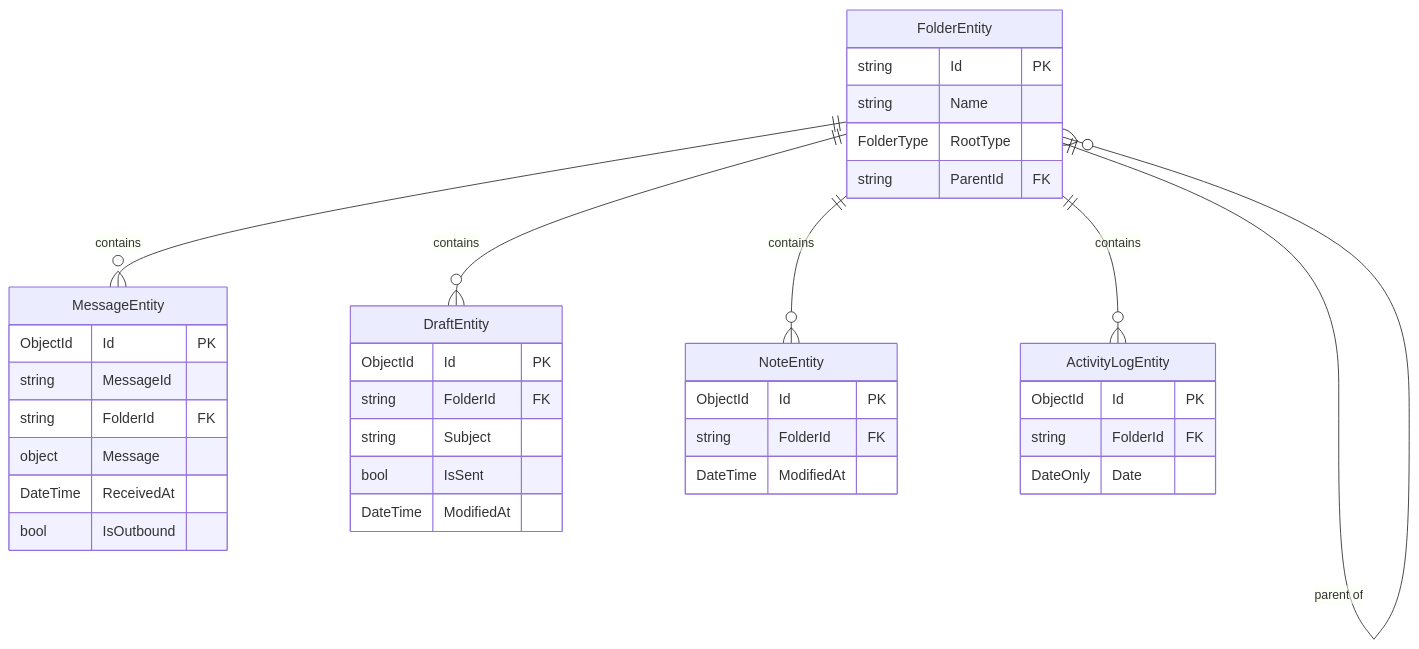
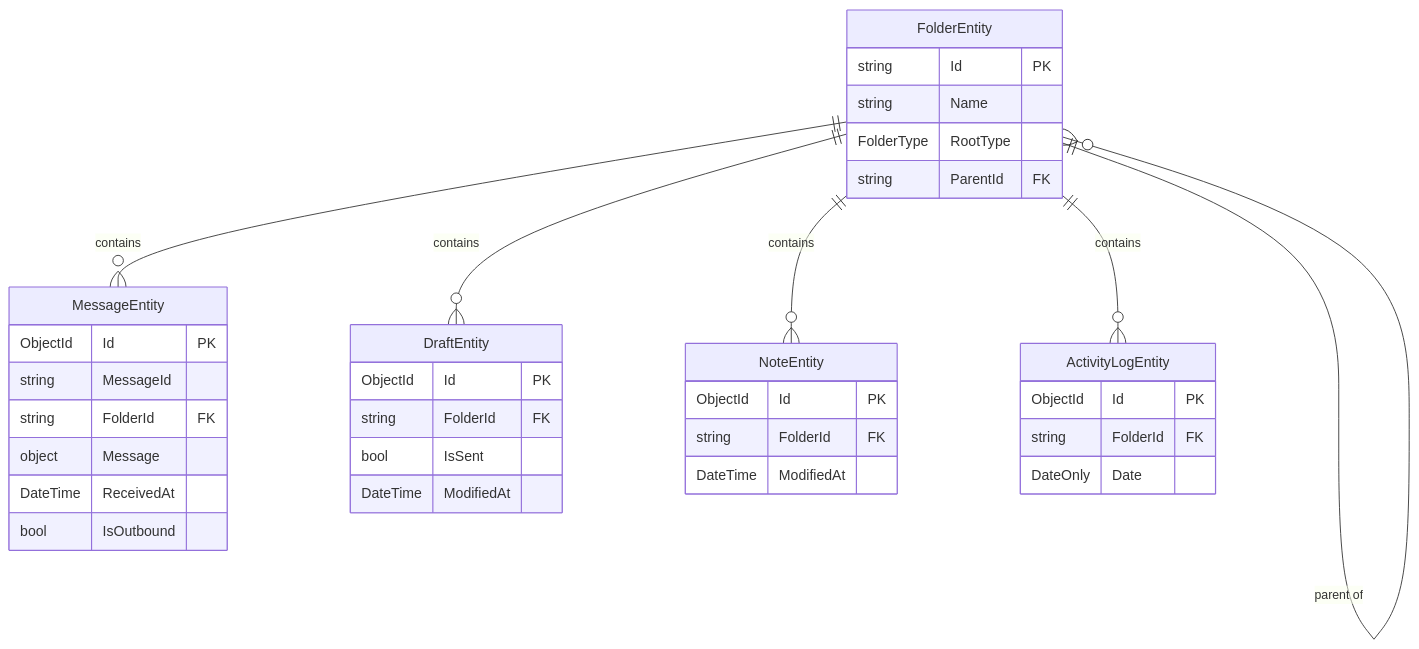
Before and after one commit to Blue-Heighliner/Comlink: the diagram in Docs/Components/Data.md, drawn with Mermaid. The commit also changed other lines of this file and 77 other files, not shown here.

````diff
--- a/Docs/Components/Data.md
+++ b/Docs/Components/Data.md
@@ -29,39 +29,38 @@
 ```mermaid
 erDiagram
     FolderEntity {
         string Id PK
         string Name
         FolderType RootType
         string ParentId FK
     }
     MessageEntity {
         ObjectId Id PK
         string MessageId
         string FolderId FK
         object Message
         DateTime ReceivedAt
         bool IsOutbound
     }
     DraftEntity {
         ObjectId Id PK
         string FolderId FK
-        string Subject
         bool IsSent
         DateTime ModifiedAt
     }
     NoteEntity {
         ObjectId Id PK
         string FolderId FK
         DateTime ModifiedAt
     }
     ActivityLogEntity {
         ObjectId Id PK
         string FolderId FK
         DateOnly Date
     }
     FolderEntity ||--o{ FolderEntity : "parent of"
     FolderEntity ||--o{ MessageEntity : contains
     FolderEntity ||--o{ DraftEntity : contains
     FolderEntity ||--o{ NoteEntity : contains
     FolderEntity ||--o{ ActivityLogEntity : contains
 ```
````
